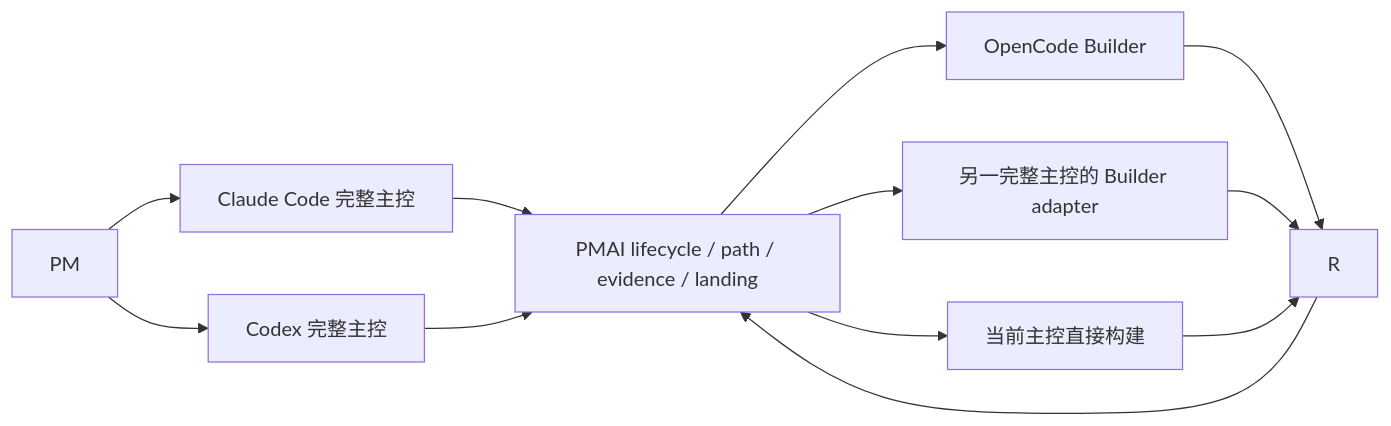
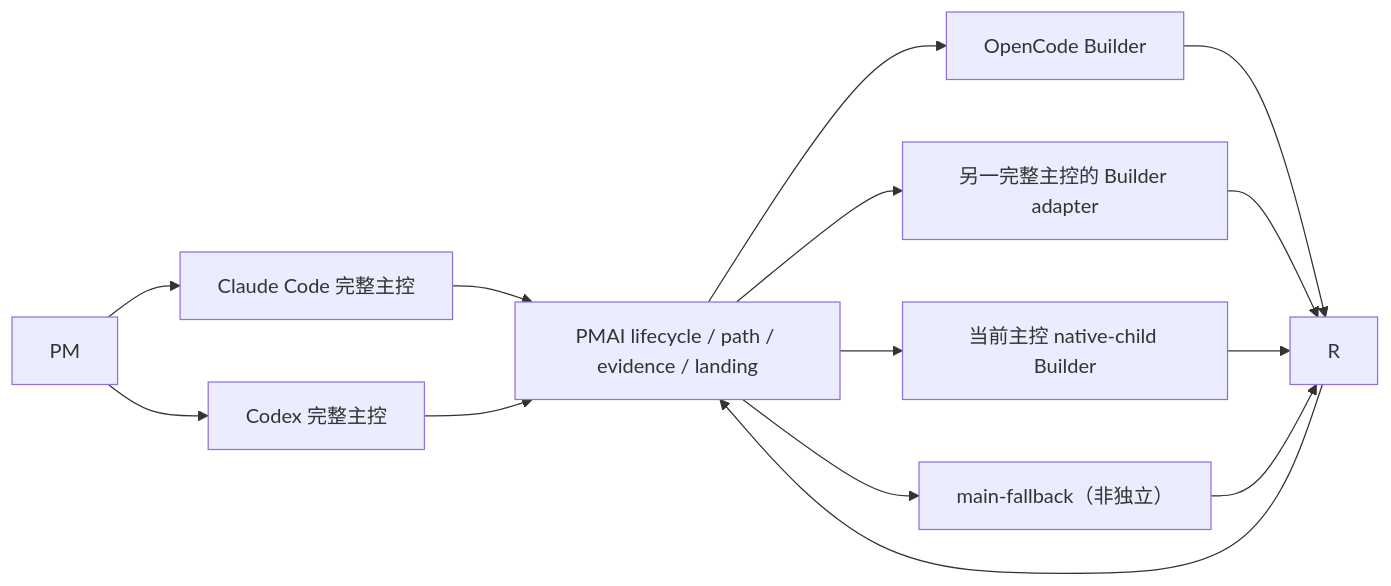
One commit to YYG501/PMAI_Harness changed the diagram in docs/设计/host-capability-current-and-target-matrix.md. Above: the diagram before and after it, drawn with Mermaid. The commit also changed other lines of this file and 22 other files, not shown here.

````diff
--- a/docs/设计/host-capability-current-and-target-matrix.md
+++ b/docs/设计/host-capability-current-and-target-matrix.md
@@ -91,14 +91,16 @@
 ```mermaid
 flowchart LR
     PM["PM"] --> C1["Claude Code 完整主控"]
     PM --> C2["Codex 完整主控"]
     C1 --> H["PMAI lifecycle / path / evidence / landing"]
     C2 --> H
-    H --> N["当前主控直接构建"]
+    H --> N["当前主控 native-child Builder"]
+    H --> F["main-fallback（非独立）"]
     H --> B2["OpenCode Builder"]
     H --> B3["另一完整主控的 Builder adapter"]
     B2 --> R
     B3 --> R
     N --> R
+    F --> R
     R --> H
 ```
````
